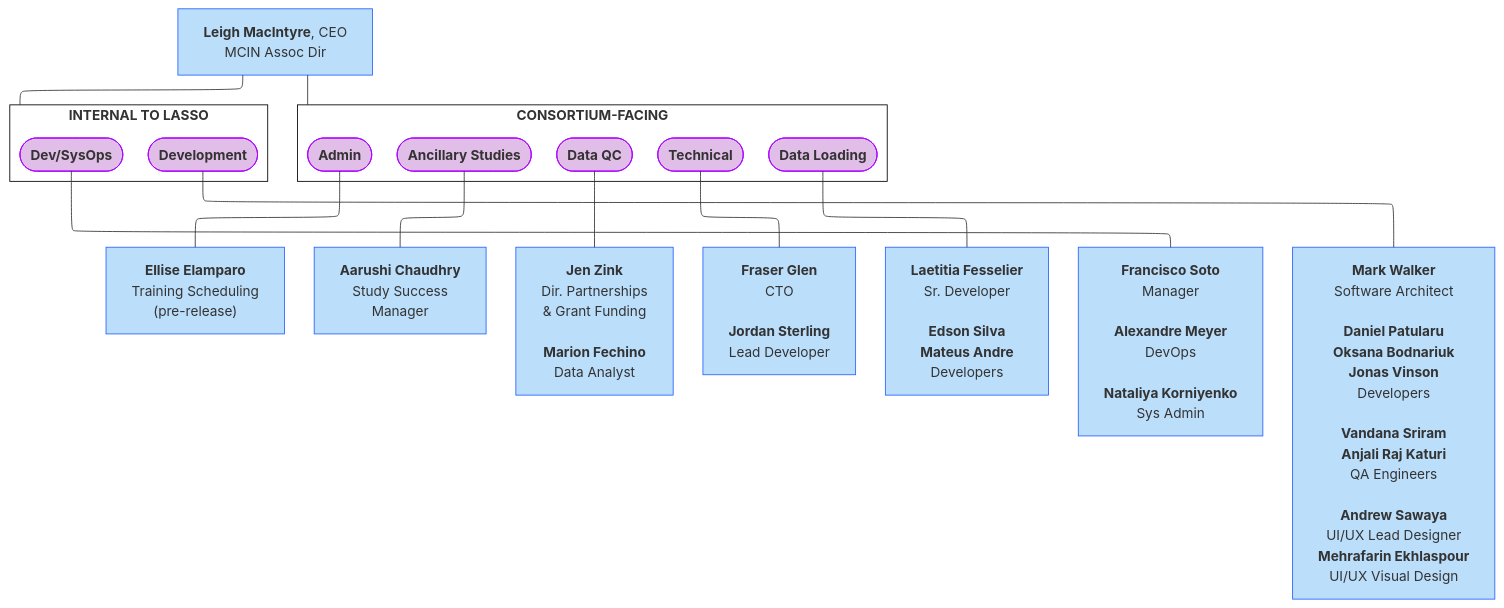
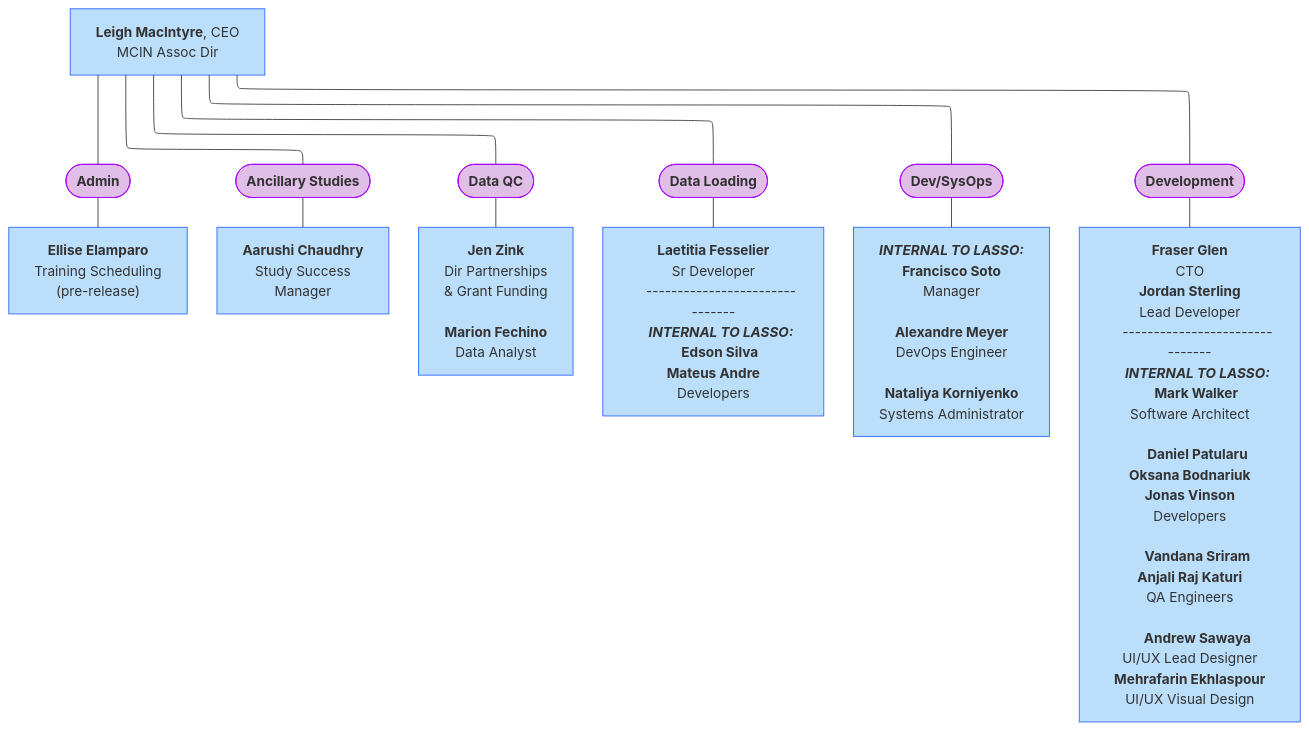
The third of 10 diagrams in docs/orgcharts.md (DCAN-Labs/hbcd-docs-internal), drawn with Mermaid before and after one commit.

Commit message:
update Lasso

````diff
--- a/docs/orgcharts.md
+++ b/docs/orgcharts.md
@@ -118,48 +118,37 @@
 ```mermaid
 ---
 config:
   layout: elk
 ---
 flowchart TB
- subgraph s1["<b>CONSORTIUM-FACING</b>"]
-        B(["<b>Admin</b>"])
-        n1(["<b>Ancillary Studies</b>"])
-        n2(["<b>Data QC</b>"])
-        n3(["<b>Technical</b>"])
-        n4(["<b>Data Loading</b>"])
-  end
- subgraph s2["<b>INTERNAL TO LASSO</b>"]
-        n22(["<b>Development</b>"])
-        n23(["<b>Dev/SysOps</b>"])
-  end
-    A["<b>Leigh MacIntyre</b>, CEO<br>MCIN Assoc Dir"] --- s1 & s2
-    B --- n5["<b>Ellise Elamparo</b><br>Training Scheduling<br>(pre-release)"]
-    n1 --- n6["<b>Aarushi Chaudhry<br></b>Study Success<br>Manager"]
-    n2 --- n7["<b>Jen Zink<br></b>Dir. Partnerships<br>&amp; Grant Funding<br><br><b>Marion Fechino</b><br>Data Analyst"]
-    n3 --- n8["<b>Fraser Glen<br></b>CTO<br><br><b>Jordan Sterling<br></b>Lead Developer"]
-    n4 --- n9["<b>Laetitia Fesselier<br></b>Sr. Developer<br><b><br>Edson Silva</b><br><b>Mateus Andre<br></b>Developers"]
-    n23 --- n24["<b>Francisco Soto</b><br>Manager<br>
-    <b>Alexandre Meyer</b><br>DevOps<br>
-    <b>Nataliya Korniyenko<br></b>Sys Admin"]
-    n22 --- n26["<b>Mark Walker</b><br>Software Architect<br>
+    B(["<b>Admin</b>"]) --- n5["<b>Ellise Elamparo</b><br>Training Scheduling<br>(pre-release)"]
+    n1(["<b>Ancillary Studies</b>"]) --- n6["<b>Aarushi Chaudhry<br></b>Study Success<br>Manager"]
+    n2(["<b>Data QC</b>"]) --- n7["<b>Jen Zink<br></b>Dir Partnerships<br>&amp; Grant Funding<br><br><b>Marion Fechino</b><br>Data Analyst"]
+    n4(["<b>Data Loading</b>"]) --- n9["<b>Laetitia Fesselier<br></b>Sr Developer
+    -------------------------------
+    <b><i>INTERNAL TO LASSO:</i>
+    Edson Silva</b><br><b>Mateus Andre<br></b>Developers"]
+    n23(["<b>Dev/SysOps</b>"]) --- n24["<b><i>INTERNAL TO LASSO:</i><br>Francisco Soto</b><br>Manager<br>
+    <b>Alexandre Meyer</b><br>DevOps Engineer<br><br><b>Nataliya Korniyenko<br></b>Systems Administrator"]
+    n22(["<b>Development</b>"]) --- n26["<b>Fraser Glen<br></b>CTO<br><b>Jordan Sterling<br></b>Lead Developer
+    -------------------------------
+    <b><i>INTERNAL TO LASSO:</i>
+    Mark Walker</b><br>Software Architect<br>
     <b>Daniel Patularu</b><br><b>Oksana Bodnariuk<br>Jonas Vinson<br></b>Developers<br>
     <b>Vandana Sriram</b><br><b>Anjali Raj Katuri<br></b>QA Engineers<br>
     <b>Andrew Sawaya</b><br>UI/UX Lead Designer<br><b>Mehrafarin Ekhlaspour</b><br>UI/UX Visual Design"]
+    A["<b>Leigh MacIntyre</b>, CEO<br>MCIN Assoc Dir"] --- n22 & n23 & n2 & B & n4 & n1
     style B fill:#E1BEE7,stroke:#AA00FF
+    style n5 fill:#BBDEFB,stroke:#2962FF
     style n1 fill:#E1BEE7,stroke:#AA00FF
+    style n6 fill:#BBDEFB,stroke:#2962FF
     style n2 fill:#E1BEE7,stroke:#AA00FF
-    style n3 fill:#E1BEE7,stroke:#AA00FF
+    style n7 fill:#BBDEFB,stroke:#2962FF
     style n4 fill:#E1BEE7,stroke:#AA00FF
+    style n9 fill:#BBDEFB,stroke:#2962FF
+    style n23 fill:#E1BEE7,stroke:#AA00FF
+    style n24 fill:#BBDEFB,stroke:#2962FF
     style n22 fill:#E1BEE7,stroke:#AA00FF
-    style n23 fill:#E1BEE7,stroke:#AA00FF
+    style n26 fill:#BBDEFB,stroke:#2962FF
     style A fill:#BBDEFB,stroke:#2962FF
-    style s1 fill:#FFFFFF,stroke:#000000
-    style s2 fill:#FFFFFF,stroke:#000000
-    style n5 fill:#BBDEFB,stroke:#2962FF
-    style n6 fill:#BBDEFB,stroke:#2962FF
-    style n7 fill:#BBDEFB,stroke:#2962FF
-    style n8 fill:#BBDEFB,stroke:#2962FF
-    style n9 fill:#BBDEFB,stroke:#2962FF
-    style n24 fill:#BBDEFB,stroke:#2962FF
-    style n26 fill:#BBDEFB,stroke:#2962FF
 ```
````
